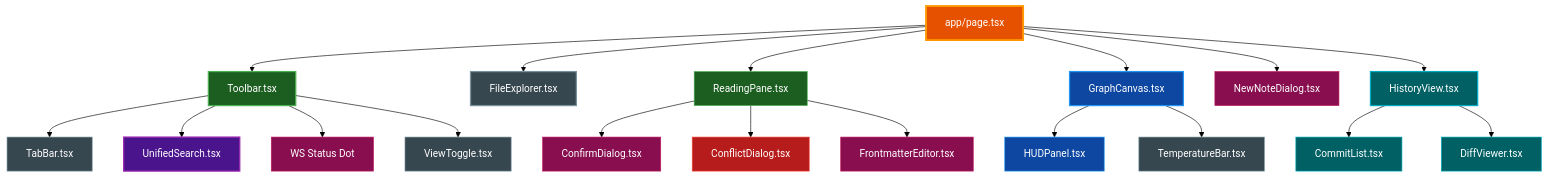
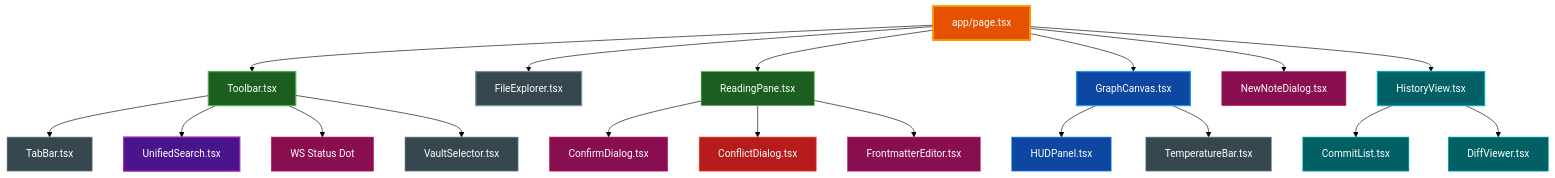
One commit to paulrobello/parsidion changed the second of 4 diagrams in docs/VISUALIZER.md. Above: the diagram before and after it, drawn with Mermaid (forest theme). The commit also changed other lines of this file and 11 other files, not shown here.

````diff
--- a/docs/VISUALIZER.md
+++ b/docs/VISUALIZER.md
@@ -139,58 +141,58 @@
 ```mermaid
 graph TD
     Page[app/page.tsx]
     Toolbar[Toolbar.tsx]
     TabBar[TabBar.tsx]
     Search[UnifiedSearch.tsx]
     WsIndicator[WS Status Dot]
-    ViewToggle[ViewToggle.tsx]
+    VaultSel[VaultSelector.tsx]
     Sidebar[FileExplorer.tsx]
     ReadPane[ReadingPane.tsx]
     GraphCanvas[GraphCanvas.tsx]
     HUD[HUDPanel.tsx]
     TempBar[TemperatureBar.tsx]
     NewNote[NewNoteDialog.tsx]
     Confirm[ConfirmDialog.tsx]
     Conflict[ConflictDialog.tsx]
     FmEditor[FrontmatterEditor.tsx]
     HistView[HistoryView.tsx]
     CommitList[CommitList.tsx]
     DiffViewer[DiffViewer.tsx]
 
     Page --> Toolbar
     Toolbar --> TabBar
     Toolbar --> Search
     Toolbar --> WsIndicator
-    Toolbar --> ViewToggle
+    Toolbar --> VaultSel
     Page --> Sidebar
     Page --> ReadPane
     Page --> GraphCanvas
     Page --> NewNote
     Page --> HistView
     ReadPane --> Confirm
     ReadPane --> Conflict
     ReadPane --> FmEditor
     GraphCanvas --> HUD
     GraphCanvas --> TempBar
     HistView --> CommitList
     HistView --> DiffViewer
 
     style Page fill:#e65100,stroke:#ff9800,stroke-width:3px,color:#ffffff
     style Toolbar fill:#1b5e20,stroke:#4caf50,stroke-width:2px,color:#ffffff
     style GraphCanvas fill:#0d47a1,stroke:#2196f3,stroke-width:2px,color:#ffffff
     style HUD fill:#0d47a1,stroke:#2196f3,stroke-width:1px,color:#ffffff
     style Sidebar fill:#37474f,stroke:#78909c,stroke-width:2px,color:#ffffff
     style ReadPane fill:#1b5e20,stroke:#4caf50,stroke-width:1px,color:#ffffff
     style TabBar fill:#37474f,stroke:#78909c,stroke-width:1px,color:#ffffff
     style Search fill:#4a148c,stroke:#9c27b0,stroke-width:2px,color:#ffffff
     style WsIndicator fill:#880e4f,stroke:#c2185b,stroke-width:1px,color:#ffffff
-    style ViewToggle fill:#37474f,stroke:#78909c,stroke-width:1px,color:#ffffff
+    style VaultSel fill:#37474f,stroke:#78909c,stroke-width:1px,color:#ffffff
     style TempBar fill:#37474f,stroke:#78909c,stroke-width:1px,color:#ffffff
     style NewNote fill:#880e4f,stroke:#c2185b,stroke-width:1px,color:#ffffff
     style Confirm fill:#880e4f,stroke:#c2185b,stroke-width:1px,color:#ffffff
     style Conflict fill:#b71c1c,stroke:#f44336,stroke-width:1px,color:#ffffff
     style FmEditor fill:#880e4f,stroke:#c2185b,stroke-width:1px,color:#ffffff
     style HistView fill:#006064,stroke:#00acc1,stroke-width:2px,color:#ffffff
     style CommitList fill:#006064,stroke:#00acc1,stroke-width:1px,color:#ffffff
     style DiffViewer fill:#006064,stroke:#00acc1,stroke-width:1px,color:#ffffff
 ```
````
